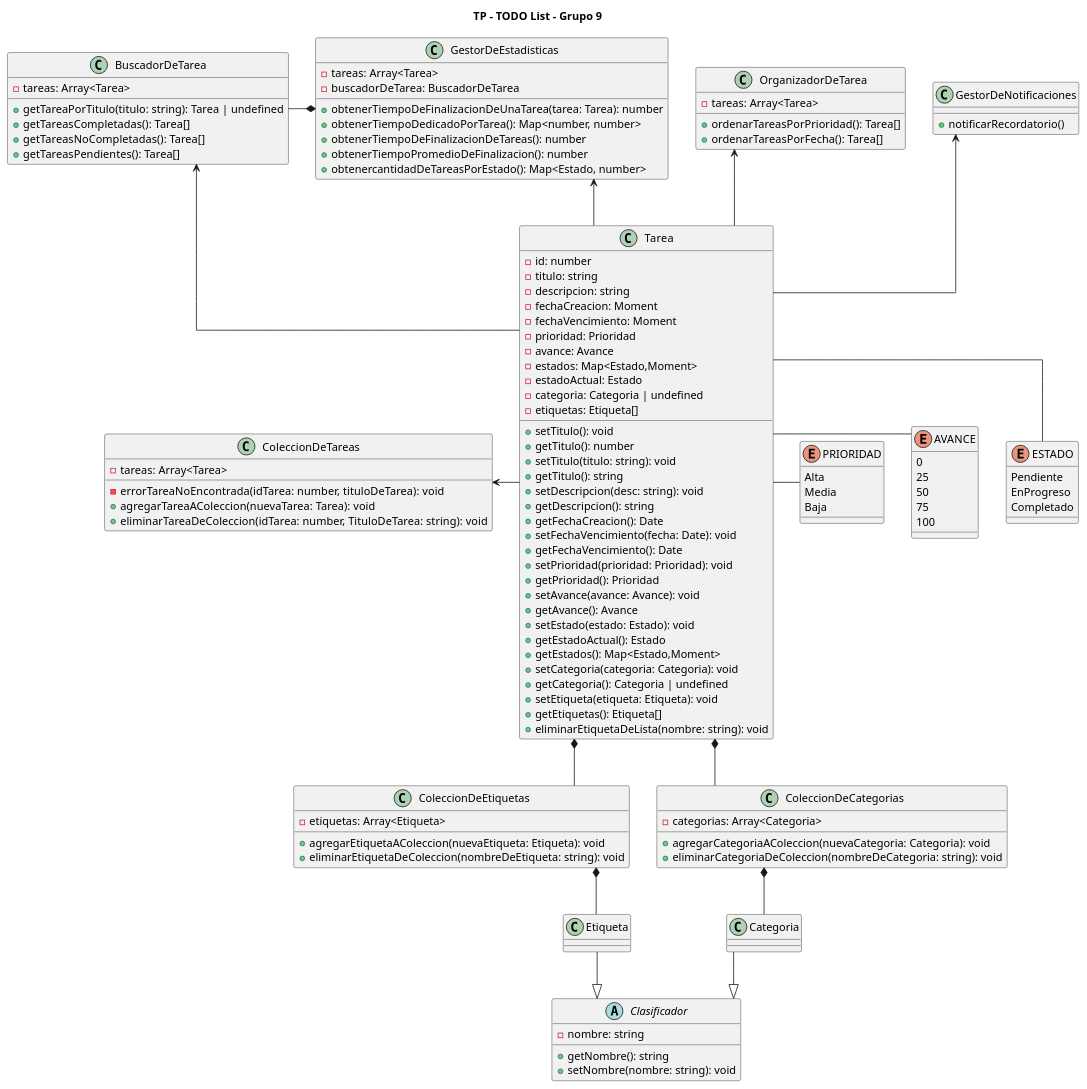
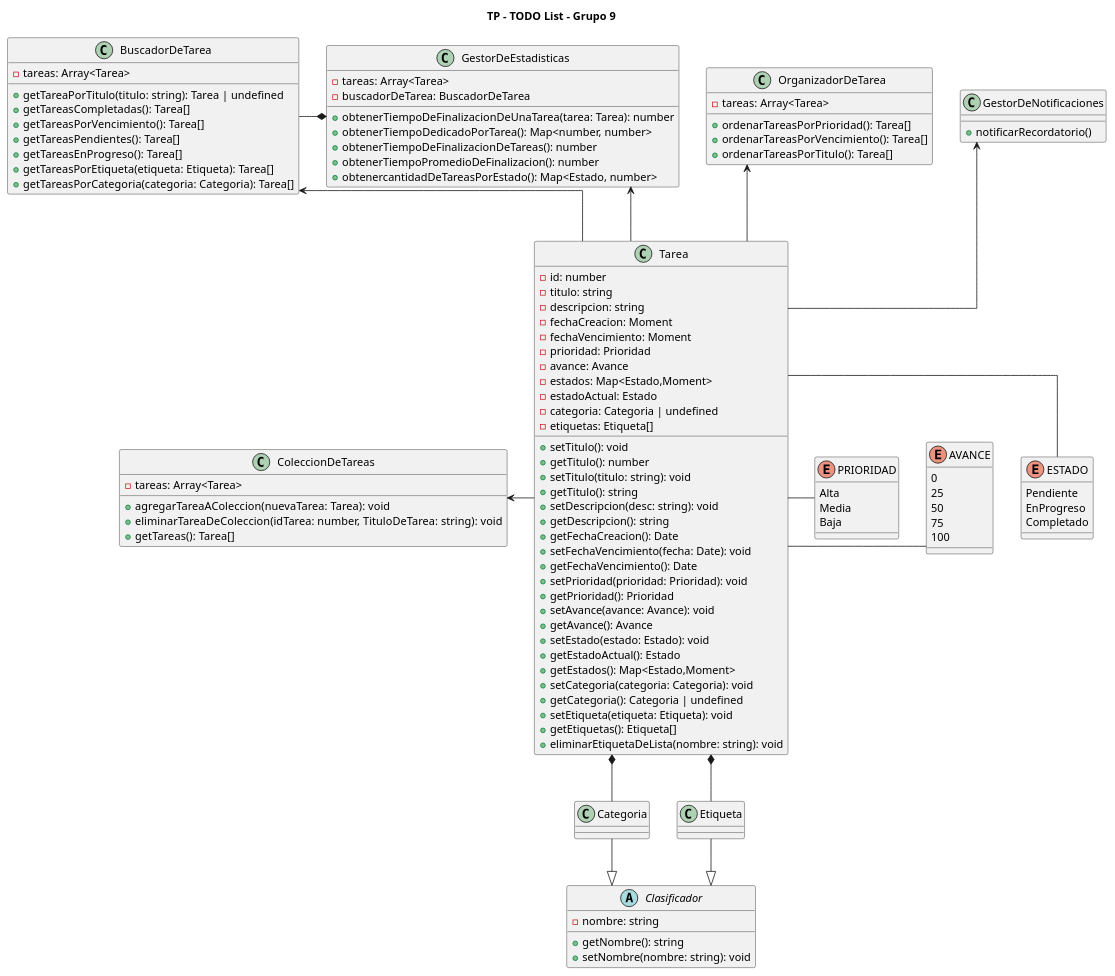
One commit to FrancisLuna/ToDo-POO-Grupo-9 changed the diagram in Diagrama/diagrama.puml. Above: the diagram before and after it, drawn with PlantUML. The commit also changed 20 other files, not shown here.

```diff
--- a/Diagrama/diagrama.puml
+++ b/Diagrama/diagrama.puml
@@ -1,137 +1,127 @@
 @startuml ToDoList
 
 title TP - TODO List - Grupo 9
 skinparam lineType ortho
 
 class Tarea{
    - id: number
    - titulo: string
    - descripcion: string
    - fechaCreacion: Moment
    - fechaVencimiento: Moment
    - prioridad: Prioridad
    - avance: Avance
    - estados: Map<Estado,Moment>
    - estadoActual: Estado
    - categoria: Categoria | undefined
    - etiquetas: Etiqueta[]
     
     + setTitulo(): void
     + getTitulo(): number
     + setTitulo(titulo: string): void
     + getTitulo(): string
     + setDescripcion(desc: string): void
     + getDescripcion(): string
     + getFechaCreacion(): Date
     + setFechaVencimiento(fecha: Date): void
     + getFechaVencimiento(): Date
     + setPrioridad(prioridad: Prioridad): void
     + getPrioridad(): Prioridad
     + setAvance(avance: Avance): void
     + getAvance(): Avance
     + setEstado(estado: Estado): void
     + getEstadoActual(): Estado
     + getEstados(): Map<Estado,Moment>
     + setCategoria(categoria: Categoria): void
     + getCategoria(): Categoria | undefined
     + setEtiqueta(etiqueta: Etiqueta): void
     + getEtiquetas(): Etiqueta[]
     + eliminarEtiquetaDeLista(nombre: string): void
 }
 
 class ColeccionDeTareas{
     - tareas: Array<Tarea>
-    - errorTareaNoEncontrada(idTarea: number, tituloDeTarea): void
     + agregarTareaAColeccion(nuevaTarea: Tarea): void
     + eliminarTareaDeColeccion(idTarea: number, TituloDeTarea: string): void
-}
-
-class ColeccionDeEtiquetas{
-    - etiquetas: Array<Etiqueta>
-    + agregarEtiquetaAColeccion(nuevaEtiqueta: Etiqueta): void
-    + eliminarEtiquetaDeColeccion(nombreDeEtiqueta: string): void
-}
-
-class ColeccionDeCategorias{
-    - categorias: Array<Categoria>
-    + agregarCategoriaAColeccion(nuevaCategoria: Categoria): void
-    + eliminarCategoriaDeColeccion(nombreDeCategoria: string): void
+    + getTareas(): Tarea[]
 }
 
 class BuscadorDeTarea{
     - tareas: Array<Tarea>
 
     + getTareaPorTitulo(titulo: string): Tarea | undefined
     + getTareasCompletadas(): Tarea[]
-    + getTareasNoCompletadas(): Tarea[]
+    + getTareasPorVencimiento(): Tarea[]
     + getTareasPendientes(): Tarea[]
+    + getTareasEnProgreso(): Tarea[]
+    + getTareasPorEtiqueta(etiqueta: Etiqueta): Tarea[]
+    + getTareasPorCategoria(categoria: Categoria): Tarea[]
 }
 
 class OrganizadorDeTarea{
     - tareas: Array<Tarea>
 
     + ordenarTareasPorPrioridad(): Tarea[]
-    + ordenarTareasPorFecha(): Tarea[]
+    + ordenarTareasPorVencimiento(): Tarea[]
+    + ordenarTareasPorTitulo(): Tarea[]
 }
 
 class GestorDeEstadisticas{
     - tareas: Array<Tarea>
     - buscadorDeTarea: BuscadorDeTarea
 
     + obtenerTiempoDeFinalizacionDeUnaTarea(tarea: Tarea): number
     + obtenerTiempoDedicadoPorTarea(): Map<number, number>
     + obtenerTiempoDeFinalizacionDeTareas(): number
     + obtenerTiempoPromedioDeFinalizacion(): number
     + obtenercantidadDeTareasPorEstado(): Map<Estado, number>
 }
 
 class GestorDeNotificaciones{
     + notificarRecordatorio()
 }
 
 abstract class Clasificador{
     - nombre: string
 
     + getNombre(): string
     + setNombre(nombre: string): void
 }
 
 class Categoria {}
 class Etiqueta {}
 
 ENUM ESTADO{
     Pendiente
     EnProgreso
     Completado
 }
 
 ENUM AVANCE{
     0
     25
     50
     75
     100
 }
 
 ENUM PRIORIDAD{
     Alta
     Media
     Baja
 }
 
 GestorDeEstadisticas <-- Tarea
 GestorDeNotificaciones <-- Tarea
 OrganizadorDeTarea <-- Tarea
 BuscadorDeTarea <-- Tarea
-Tarea *-- ColeccionDeCategorias
-Tarea *-- ColeccionDeEtiquetas
+Tarea *-- Categoria
+Tarea *-- Etiqueta
 Tarea -left-> ColeccionDeTareas
-ColeccionDeCategorias *-- Categoria
-ColeccionDeEtiquetas *-- Etiqueta
 Categoria --|> Clasificador
 Etiqueta --|> Clasificador
 Tarea -right- ESTADO
 Tarea -right- AVANCE
 Tarea -right- PRIORIDAD
 GestorDeEstadisticas *-left- BuscadorDeTarea
 @enduml
```
